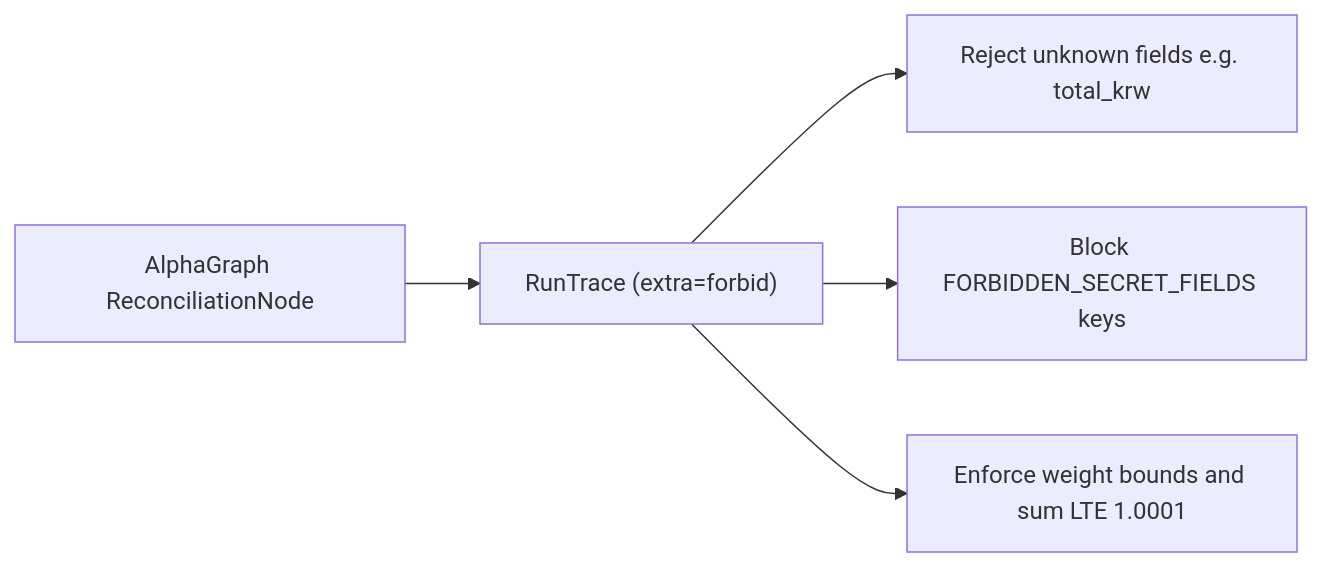
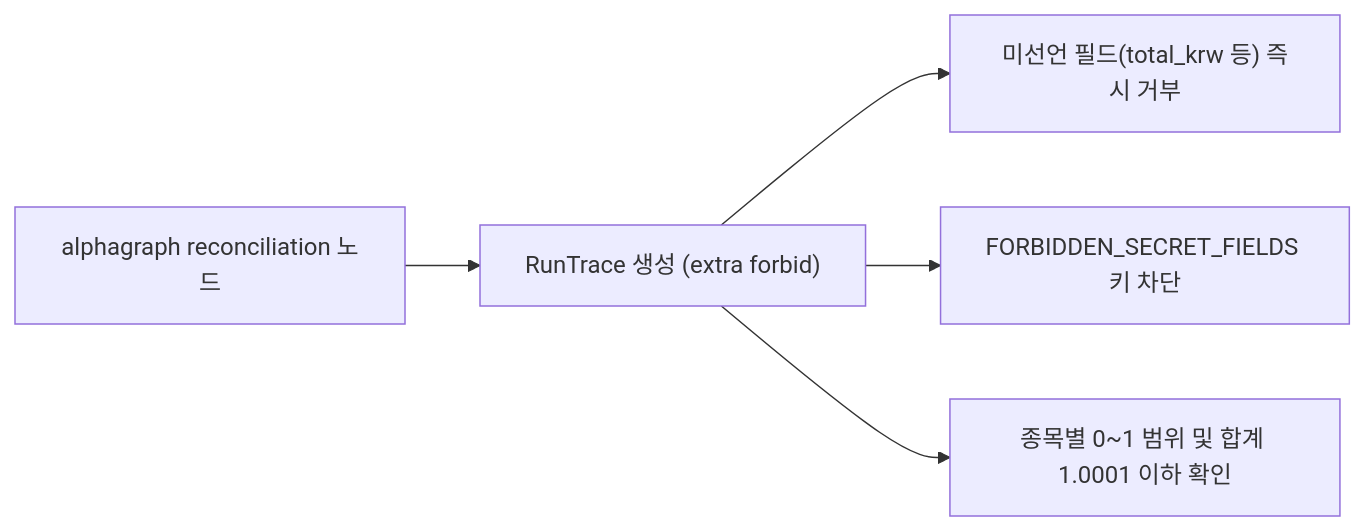
One commit to zerostreet/zerostreet-schema changed the diagram in openwiki/architecture/policy-and-telemetry-contracts.md. Above: the diagram before and after it, drawn with Mermaid. The commit also changed other lines of this file and 12 other files, not shown here.

````diff
--- a/openwiki/architecture/policy-and-telemetry-contracts.md
+++ b/openwiki/architecture/policy-and-telemetry-contracts.md
@@ -53,7 +40,7 @@
 ```mermaid
 flowchart LR
-    AG["AlphaGraph ReconciliationNode"] --> RT["RunTrace (extra=forbid)"]
-    RT --> CHK1["Reject unknown fields e.g. total_krw"]
-    RT --> CHK2["Block FORBIDDEN_SECRET_FIELDS keys"]
-    RT --> CHK3["Enforce weight bounds and sum LTE 1.0001"]
+    AG["alphagraph reconciliation 노드"] --> RT["RunTrace 생성 (extra forbid)"]
+    RT --> CHK1["미선언 필드(total_krw 등) 즉시 거부"]
+    RT --> CHK2["FORBIDDEN_SECRET_FIELDS 키 차단"]
+    RT --> CHK3["종목별 0~1 범위 및 합계 1.0001 이하 확인"]
 ```
````
